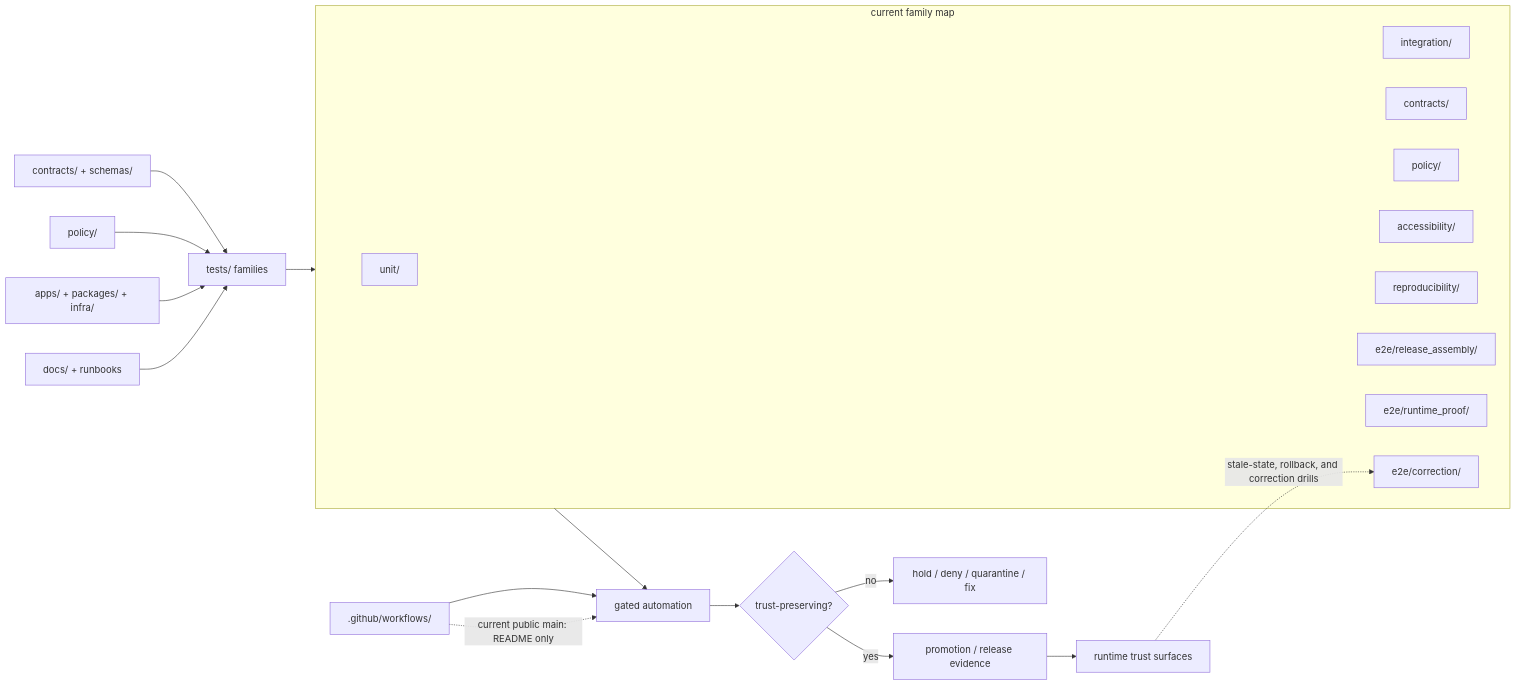
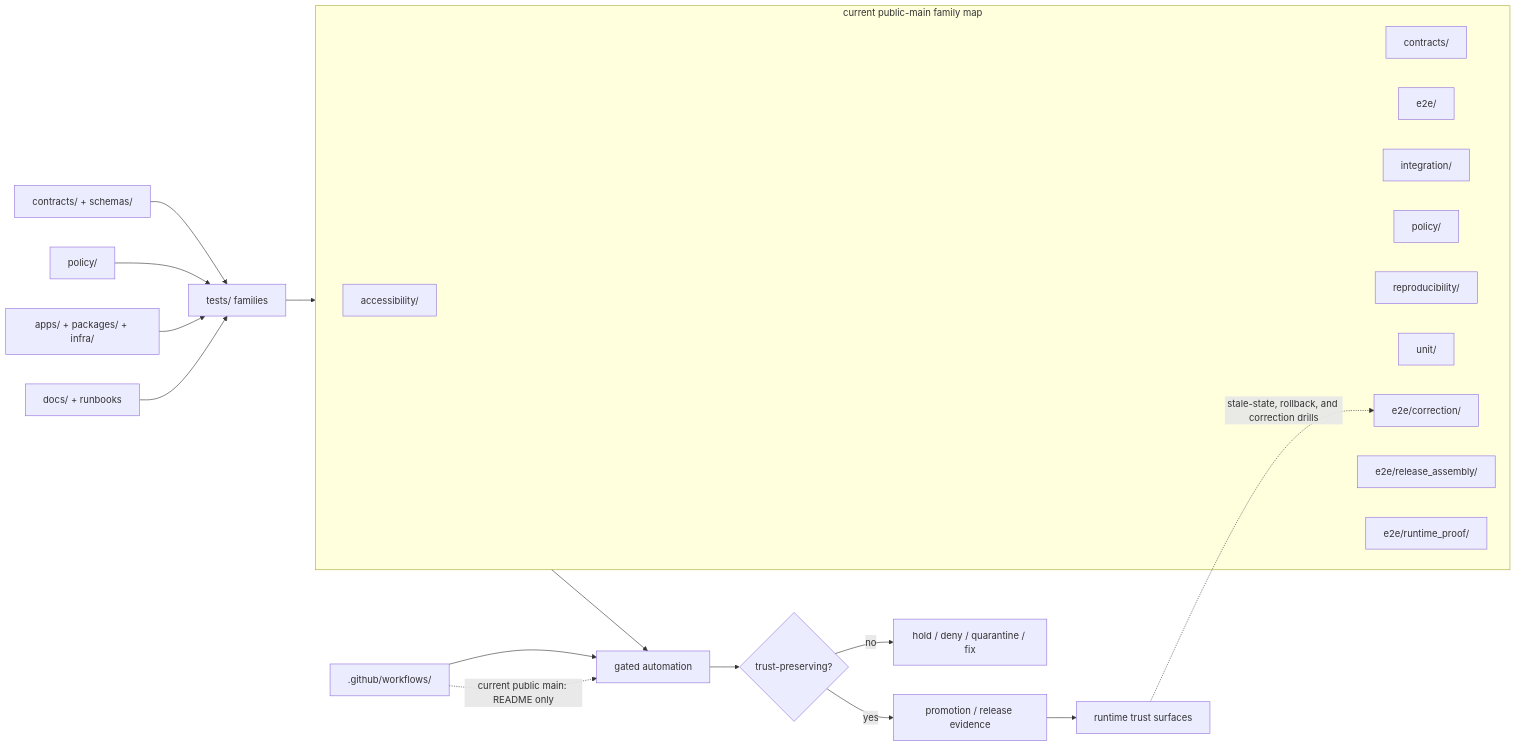
One commit to bartytime4life/Kansas-Frontier-Matrix changed the diagram in tests/README.md. Above: the diagram before and after it, drawn with Mermaid. The commit also changed other lines of this file, not shown here.

First line of the commit message:
Revise README.md for test family and structure updates

````diff
--- a/tests/README.md
+++ b/tests/README.md
@@ -312,31 +323,32 @@
 ```mermaid
 flowchart LR
     C["contracts/ + schemas/"] --> T["tests/ families"]
     P["policy/"] --> T
     A["apps/ + packages/ + infra/"] --> T
     D["docs/ + runbooks"] --> T
     W[".github/workflows/"] --> G["gated automation"]
 
-    subgraph F["current family map"]
+    subgraph F["current public-main family map"]
+      AX["accessibility/"]
+      K["contracts/"]
+      E["e2e/"]
+      I["integration/"]
+      PO["policy/"]
+      R["reproducibility/"]
       U["unit/"]
-      I["integration/"]
-      K["contracts/"]
-      PO["policy/"]
-      AX["accessibility/"]
-      R["reproducibility/"]
-      E["e2e/release_assembly/"]
-      RP["e2e/runtime_proof/"]
-      CO["e2e/correction/"]
+      EC["e2e/correction/"]
+      ER["e2e/release_assembly/"]
+      EP["e2e/runtime_proof/"]
     end
 
     T --> F
     F --> G
     G --> Q{"trust-preserving?"}
 
     Q -->|no| H["hold / deny / quarantine / fix"]
     Q -->|yes| PR["promotion / release evidence"]
     PR --> RT["runtime trust surfaces"]
 
-    RT -. stale-state, rollback, and correction drills .-> CO
+    RT -. stale-state, rollback, and correction drills .-> EC
     W -. current public main: README only .-> G
 ```
````
